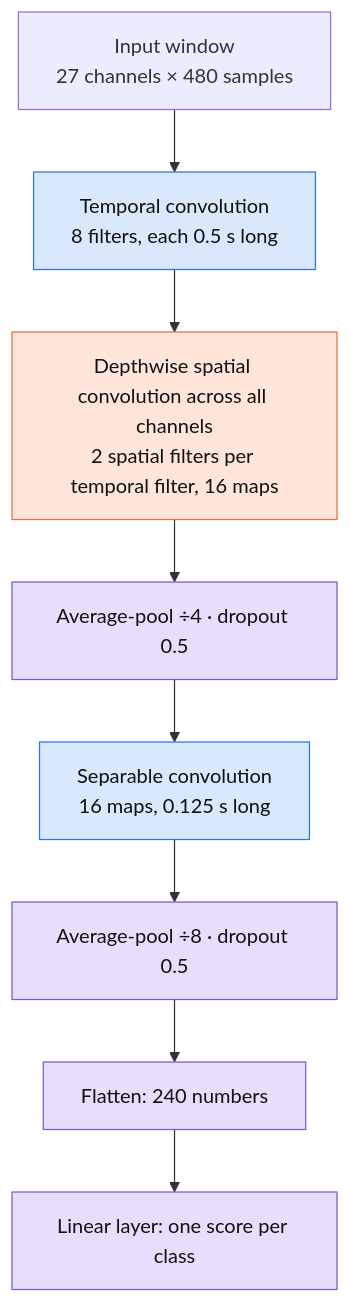
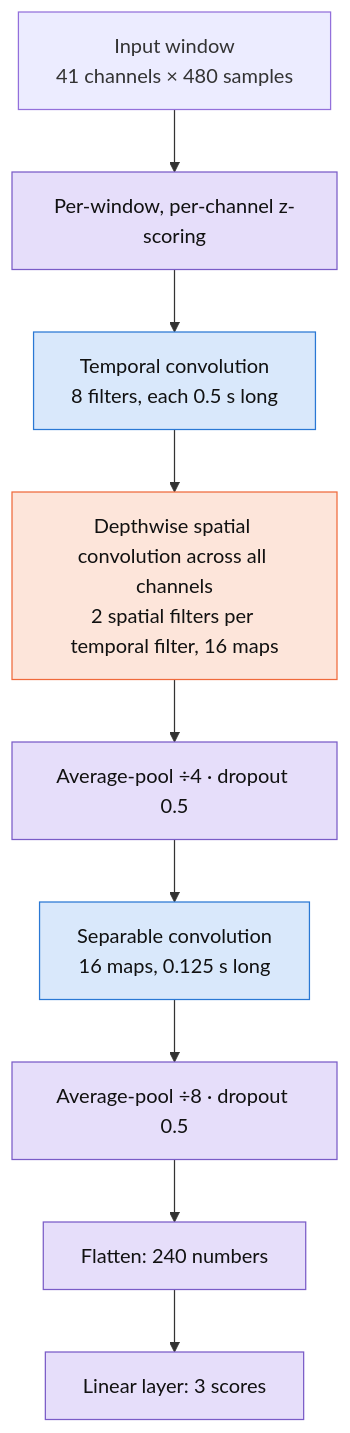
One commit to Ali-Dor-SRI/Step-Type-Prediction---EEG changed the third of 3 diagrams in codabench/MODEL_ARCHITECTURE.md. Above: the diagram before and after it, drawn with Mermaid. The commit also changed other lines of this file and 15 other files, not shown here.

````diff
--- a/codabench/MODEL_ARCHITECTURE.md
+++ b/codabench/MODEL_ARCHITECTURE.md
@@ -522,16 +515,17 @@
 ```mermaid
 flowchart TD
-    A["Input window<br/>27 channels × 480 samples"] --> B["Temporal convolution<br/>8 filters, each 0.5 s long"]
+    Z["Input window<br/>41 channels × 480 samples"] --> Y["Per-window, per-channel z-scoring"]
+    Y --> B["Temporal convolution<br/>8 filters, each 0.5 s long"]
     B --> C["Depthwise spatial convolution across all channels<br/>2 spatial filters per temporal filter, 16 maps"]
     C --> D["Average-pool ÷4 · dropout 0.5"]
     D --> E["Separable convolution<br/>16 maps, 0.125 s long"]
     E --> F["Average-pool ÷8 · dropout 0.5"]
     F --> G["Flatten: 240 numbers"]
-    G --> H["Linear layer: one score per class"]
+    G --> H["Linear layer: 3 scores"]
     classDef t fill:#d9e8fb,stroke:#2a78d4,color:#111
     classDef s fill:#fde5da,stroke:#f06a3c,color:#111
     classDef o fill:#e6defa,stroke:#7a5cc7,color:#111
     class B,E t
     class C s
-    class D,F,G,H o
+    class D,F,G,H,Y o
 ```
````
